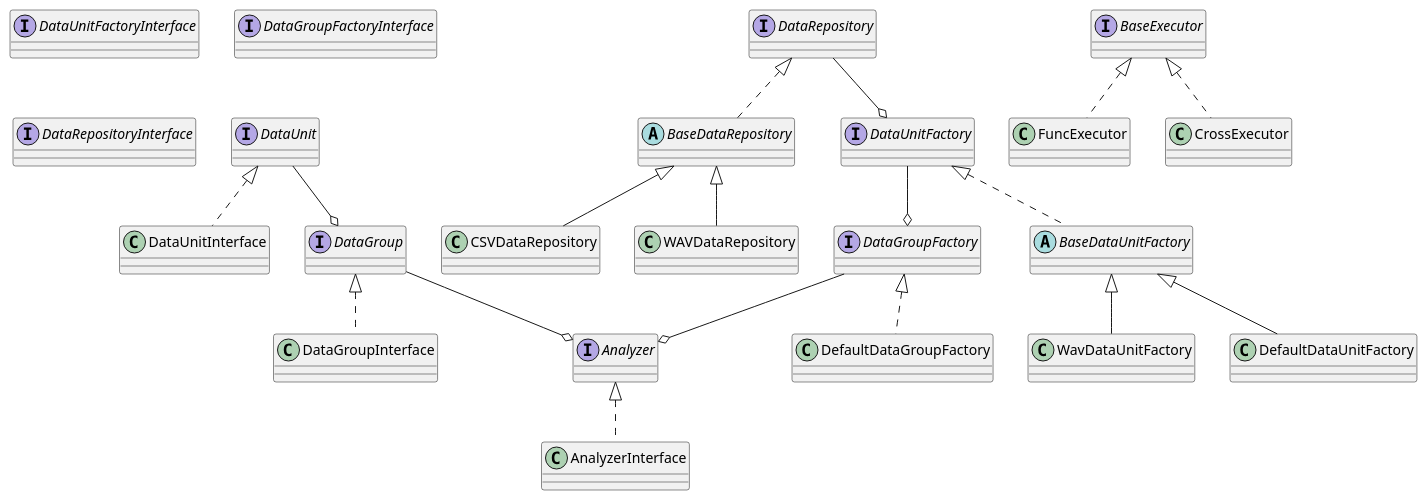
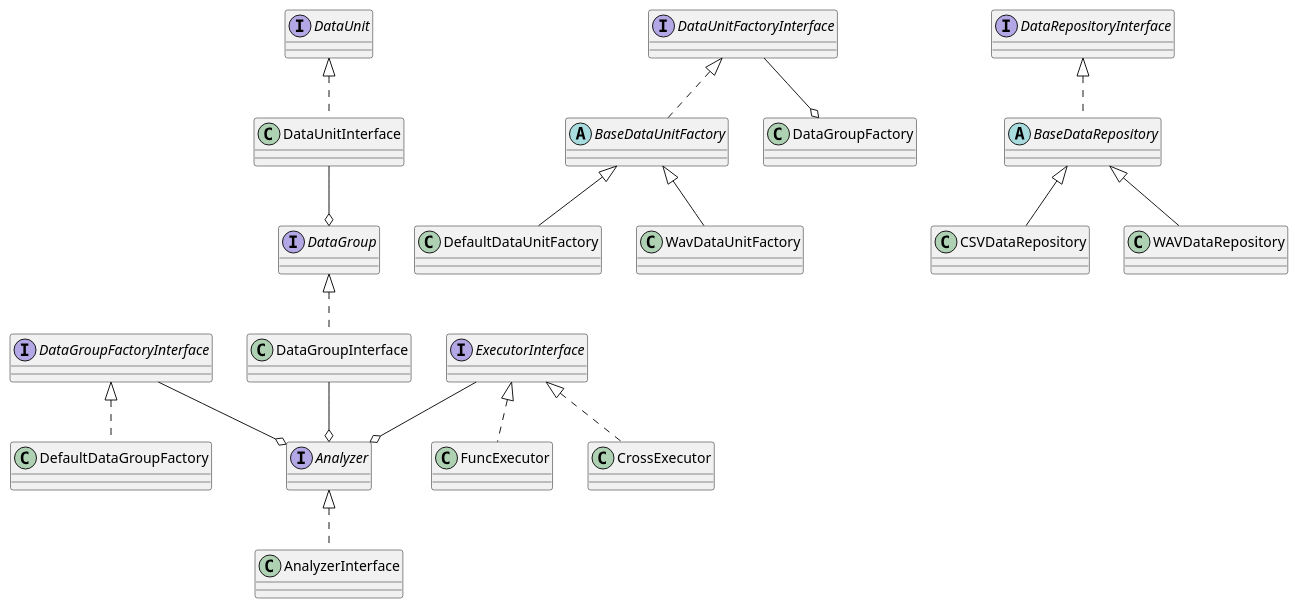
One commit to Untarose/analyzer changed the diagram in docs/class_diagram.puml. Above: the diagram before and after it, drawn with PlantUML. The commit also changed 3 other files, not shown here.

```diff
--- a/docs/class_diagram.puml
+++ b/docs/class_diagram.puml
@@ -1,38 +1,38 @@
 @startuml src
 ' 主要部分
 interface AnalyzerInterface
 interface DataUnitInterface
 interface DataGroupInterface
 
 class AnalyzerInterface implements Analyzer
 class DataUnitInterface implements DataUnit
 class DataGroupInterface implements DataGroup
 
 ' DataUnitFactory
 interface DataUnitFactoryInterface
-abstract BaseDataUnitFactory implements DataUnitFactory
+abstract BaseDataUnitFactory implements DataUnitFactoryInterface
 class DefaultDataUnitFactory extends BaseDataUnitFactory
 class WavDataUnitFactory extends BaseDataUnitFactory
 
 ' DataGroupFactory
 interface DataGroupFactoryInterface
-class DefaultDataGroupFactory implements DataGroupFactory
+class DefaultDataGroupFactory implements DataGroupFactoryInterface
 
 ' DataRepository
 interface DataRepositoryInterface
-abstract BaseDataRepository implements DataRepository
+abstract BaseDataRepository implements DataRepositoryInterface
 class CSVDataRepository extends BaseDataRepository
 class WAVDataRepository extends BaseDataRepository
 
 ' Executer
-interface BaseExecutor
-class FuncExecutor implements BaseExecutor
-class CrossExecutor implements BaseExecutor
+interface ExecutorInterface
+class FuncExecutor implements ExecutorInterface
+class CrossExecutor implements ExecutorInterface
 
 ' デザイン間
-DataUnit --o DataGroup
-DataGroup --o Analyzer
-DataUnitFactory --o DataGroupFactory
-DataGroupFactory --o Analyzer
-DataRepository --o DataUnitFactory
+DataUnitInterface --o DataGroup
+DataGroupInterface --o Analyzer
+DataUnitFactoryInterface --o DataGroupFactory
+DataGroupFactoryInterface --o Analyzer
+ExecutorInterface --o Analyzer
 @enduml
```
